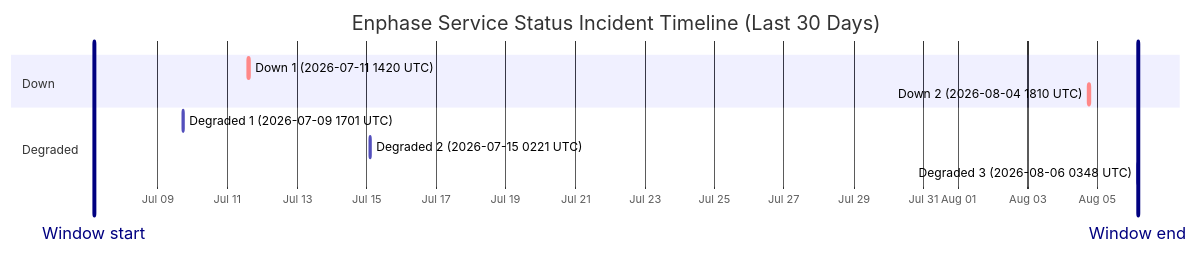
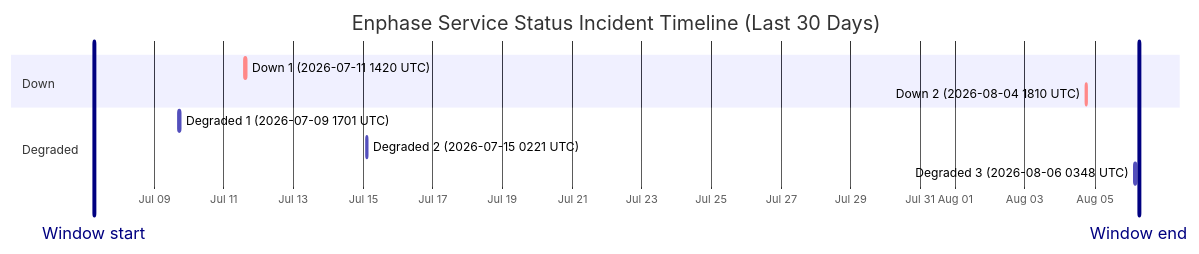
Before and after one commit to barneyonline/ha-enphase-energy: the diagram in wiki/Service-Status-History.md, drawn with Mermaid. The commit also changed other lines of this file and 5 other files, not shown here.

````diff
--- a/wiki/Service-Status-History.md
+++ b/wiki/Service-Status-History.md
@@ -14,15 +14,15 @@
 ```mermaid
 gantt
     title Enphase Service Status Incident Timeline (Last 30 Days)
     dateFormat  YYYY-MM-DDTHH:mm:ss
     axisFormat  %b %d
-    Window start :vert, window-start, 2026-07-07T03:48:14, 0ms
-    Window end :vert, window-end, 2026-08-06T03:48:14, 0ms
+    Window start :vert, window-start, 2026-07-07T06:28:25, 0ms
+    Window end :vert, window-end, 2026-08-06T06:28:25, 0ms
     section Down
     Down 1 (2026-07-11 1420 UTC) :crit, down-1, 2026-07-11T14:20:54, 69m
     Down 2 (2026-08-04 1810 UTC) :crit, down-2, 2026-08-04T18:10:46, 60m
     section Degraded
     Degraded 1 (2026-07-09 1701 UTC) :active, degraded-1, 2026-07-09T17:01:02, 60m
     Degraded 2 (2026-07-15 0221 UTC) :active, degraded-2, 2026-07-15T02:21:35, 60m
     Degraded 3 (2026-08-06 0348 UTC) :active, degraded-3, 2026-08-06T03:48:14, 60m
 ```
````
